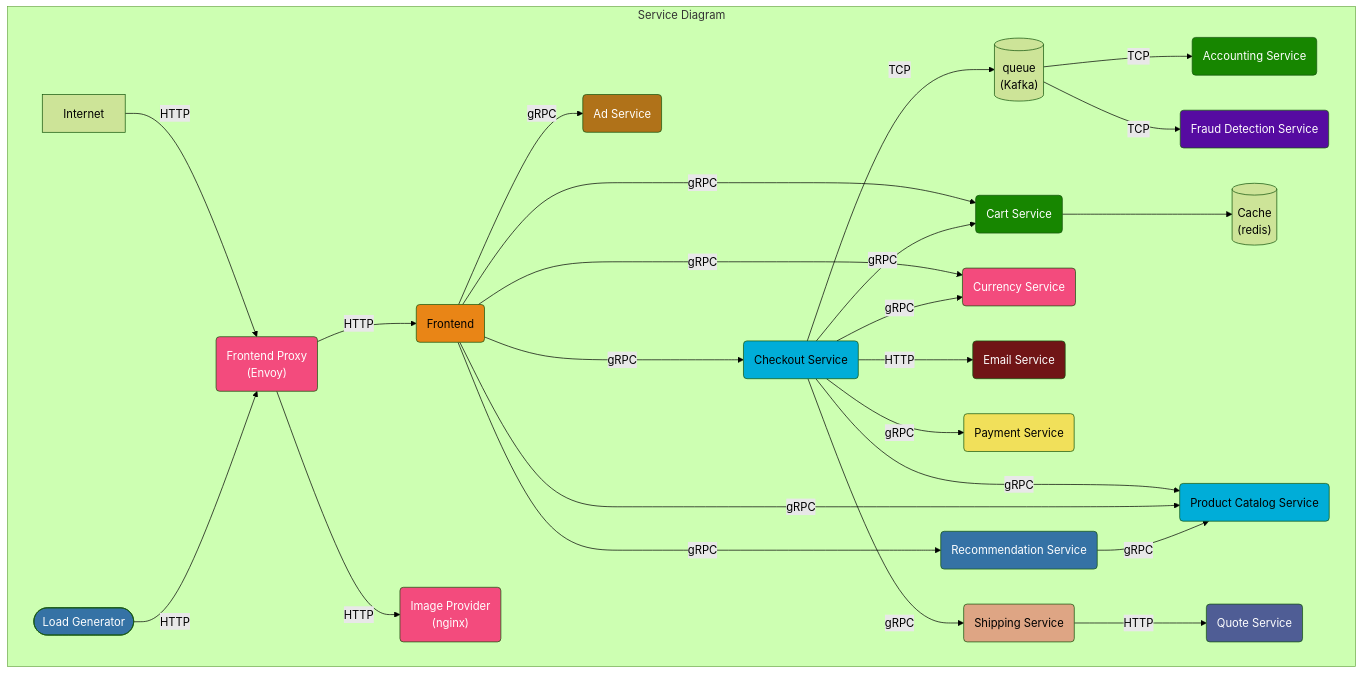
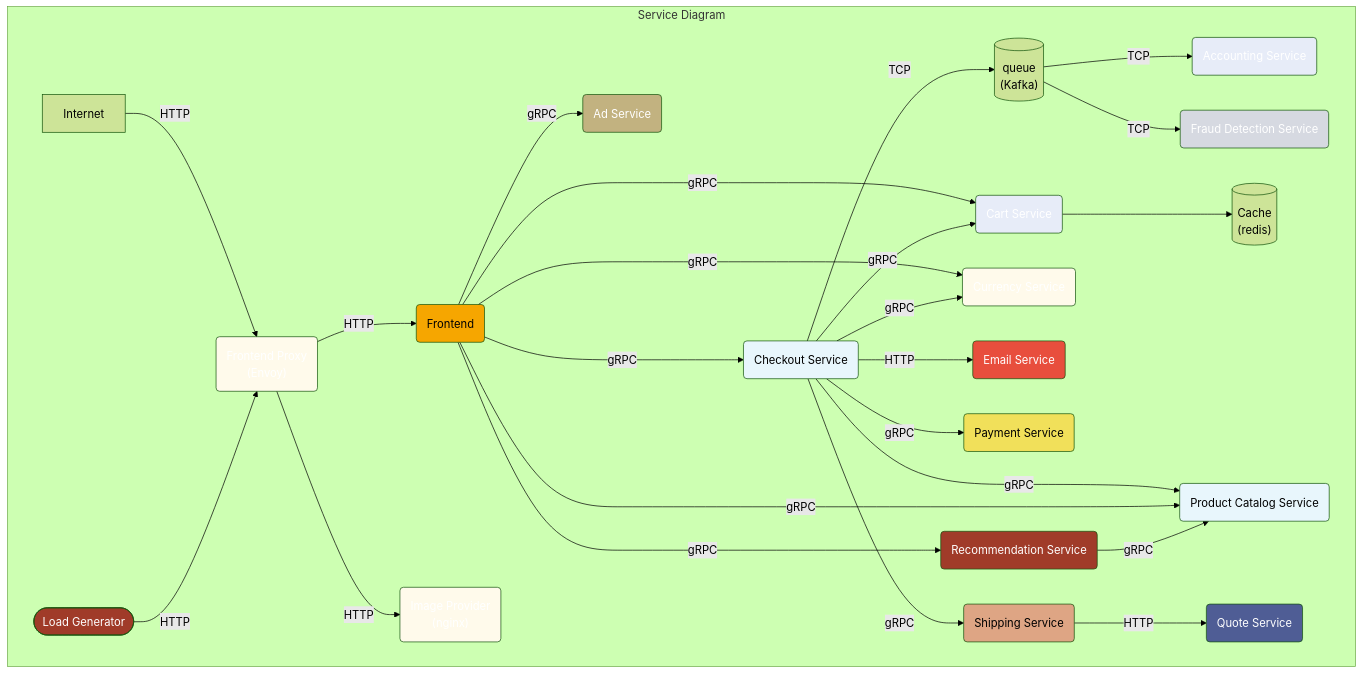
One commit to open-telemetry/opentelemetry.io changed the first of 3 diagrams in content/en/docs/demo/architecture.md. Above: the diagram before and after it, drawn with Mermaid (forest theme). The commit also changed other lines of this file, not shown here.

Commit message:
Update colors for demo architecture

````diff
--- a/content/en/docs/demo/architecture.md
+++ b/content/en/docs/demo/architecture.md
@@ -12,63 +12,63 @@
 ```mermaid
 graph TD
 subgraph Service Diagram
 accountingservice(Accounting Service):::dotnet
 adservice(Ad Service):::java
 cache[(Cache<br/>&#40redis&#41)]
 cartservice(Cart Service):::dotnet
 checkoutservice(Checkout Service):::golang
 currencyservice(Currency Service):::cpp
 emailservice(Email Service):::ruby
 frauddetectionservice(Fraud Detection Service):::kotlin
 frontend(Frontend):::typescript
 frontendproxy(Frontend Proxy <br/>&#40Envoy&#41):::cpp
 imageprovider(Image Provider <br/>&#40nginx&#41):::cpp
 loadgenerator([Load Generator]):::python
 paymentservice(Payment Service):::javascript
 productcatalogservice(Product Catalog Service):::golang
 quoteservice(Quote Service):::php
 recommendationservice(Recommendation Service):::python
 shippingservice(Shipping Service):::rust
 queue[(queue<br/>&#40Kafka&#41)]
 
 Internet -->|HTTP| frontendproxy
 frontendproxy -->|HTTP| frontend
 loadgenerator -->|HTTP| frontendproxy
 frontendproxy -->|HTTP| imageprovider
 
 queue -->|TCP| accountingservice
 queue -->|TCP| frauddetectionservice
 
 frontend -->|gRPC| cartservice
 frontend -->|gRPC| currencyservice
 
 checkoutservice -->|gRPC| cartservice --> cache
 checkoutservice -->|gRPC| productcatalogservice
 checkoutservice -->|gRPC| currencyservice
 checkoutservice -->|HTTP| emailservice
 checkoutservice -->|gRPC| paymentservice
 checkoutservice -->|gRPC| shippingservice
 checkoutservice -->|TCP| queue
 
 frontend -->|gRPC| adservice
 frontend -->|gRPC| productcatalogservice
 frontend --->|gRPC| checkoutservice
 frontend ---->|gRPC| recommendationservice -->|gRPC| productcatalogservice
 
 shippingservice -->|HTTP| quoteservice
 
 end
 
-classDef dotnet fill:#178600,color:white;
-classDef cpp fill:#f34b7d,color:white;
-classDef erlang fill:#b83998,color:white;
-classDef golang fill:#00add8,color:black;
-classDef java fill:#b07219,color:white;
-classDef javascript fill:#f1e05a,color:black;
-classDef kotlin fill:#560ba1,color:white;
-classDef php fill:#4f5d95,color:white;
-classDef python fill:#3572A5,color:white;
-classDef ruby fill:#701516,color:white;
-classDef rust fill:#dea584,color:black;
-classDef typescript fill:#e98516,color:black;
+classDef dotnet fill:#E7ECF8,color:white;
+classDef cpp fill:#FFFAEB,color:white;
+classDef erlang fill:#A47B92,color:white;
+classDef golang fill:#E8F6FC,color:black;
+classDef java fill:#C2B280,color:white;
+classDef javascript fill:#F1E05A,color:black;
+classDef kotlin fill:#D6D9E1,color:white;
+classDef php fill:#4F5D95,color:white;
+classDef python fill:#A03B29,color:white;
+classDef ruby fill:#E84E3D,color:white;
+classDef rust fill:#DEA584,color:black;
+classDef typescript fill:#F6A600,color:black;
 ```
````
